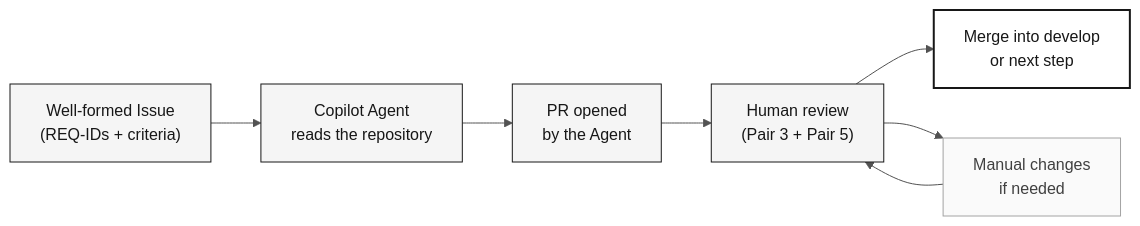
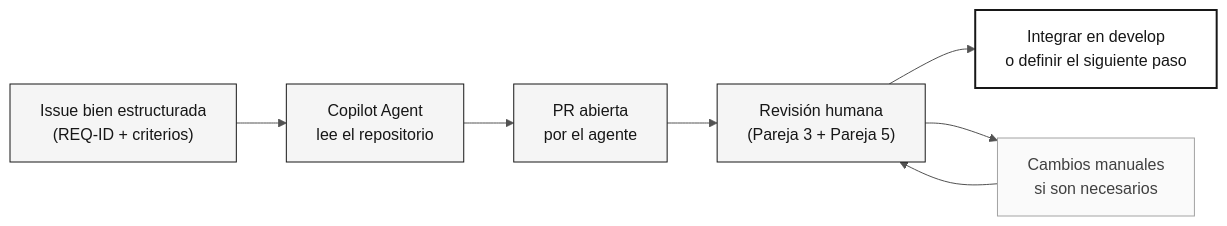
Before and after one commit to paulasilvatech/datacorp-sifap-team-kit-pt-br: the diagram in 04-evolution/GUIDE.md, drawn with Mermaid. The commit also changed other lines of this file and 386 other files, not shown here.

````diff
--- a/04-evolution/GUIDE.md
+++ b/04-evolution/GUIDE.md
@@ -38,14 +38,14 @@
 ```mermaid
 %%{init: {'theme':'neutral','themeVariables':{'fontFamily':'ui-sans-serif, system-ui, sans-serif','primaryColor':'#F5F5F5','primaryTextColor':'#171717','primaryBorderColor':'#171717','lineColor':'#525252','secondaryColor':'#FFFFFF','tertiaryColor':'#FAFAFA','background':'#FFFFFF'}}}%%
 flowchart LR
     classDef step fill:#F5F5F5,stroke:#171717,color:#171717
     classDef result fill:#FFFFFF,stroke:#171717,color:#171717,stroke-width:2px
     classDef muted fill:#FAFAFA,stroke:#A3A3A3,color:#404040
 
-    A["Well-formed Issue<br/>(REQ-IDs + criteria)"]:::step --> B["Copilot Agent<br/>reads the repository"]:::step
-    B --> C["PR opened<br/>by the Agent"]:::step
-    C --> D["Human review<br/>(Pair 3 + Pair 5)"]:::step
-    D --> E["Merge into develop<br/>or next step"]:::result
-    D --> F["Manual changes<br/>if needed"]:::muted
+    A["Issue bien estructurada<br/>(REQ-ID + criterios)"]:::step --> B["Copilot Agent<br/>lee el repositorio"]:::step
+    B --> C["PR abierta<br/>por el agente"]:::step
+    C --> D["Revisión humana<br/>(Pareja 3 + Pareja 5)"]:::step
+    D --> E["Integrar en develop<br/>o definir el siguiente paso"]:::result
+    D --> F["Cambios manuales<br/>si son necesarios"]:::muted
     F --> D
 ```
````
